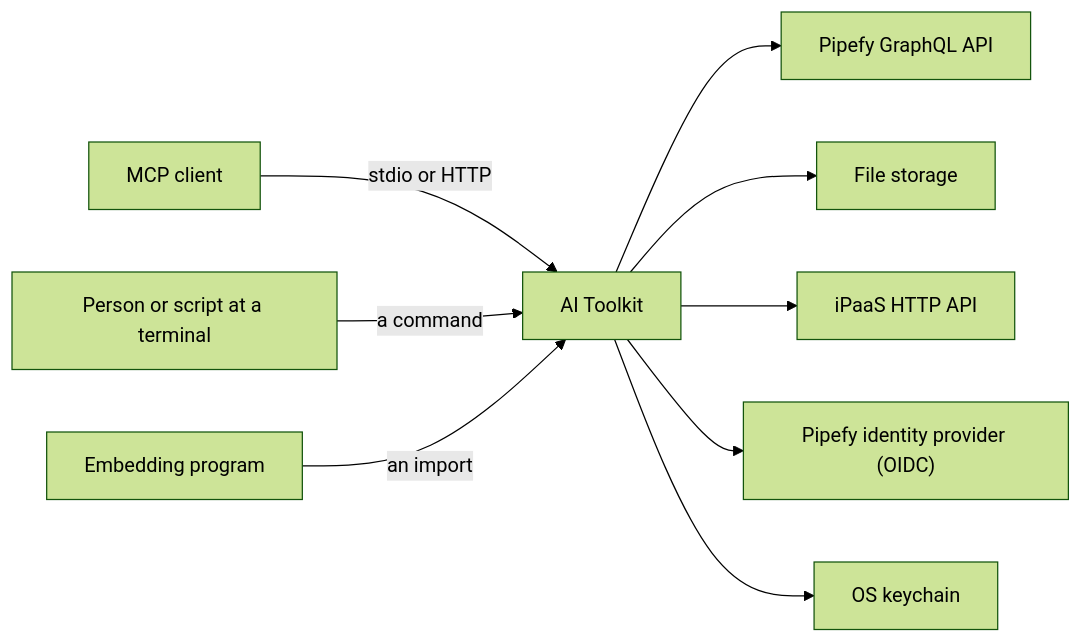
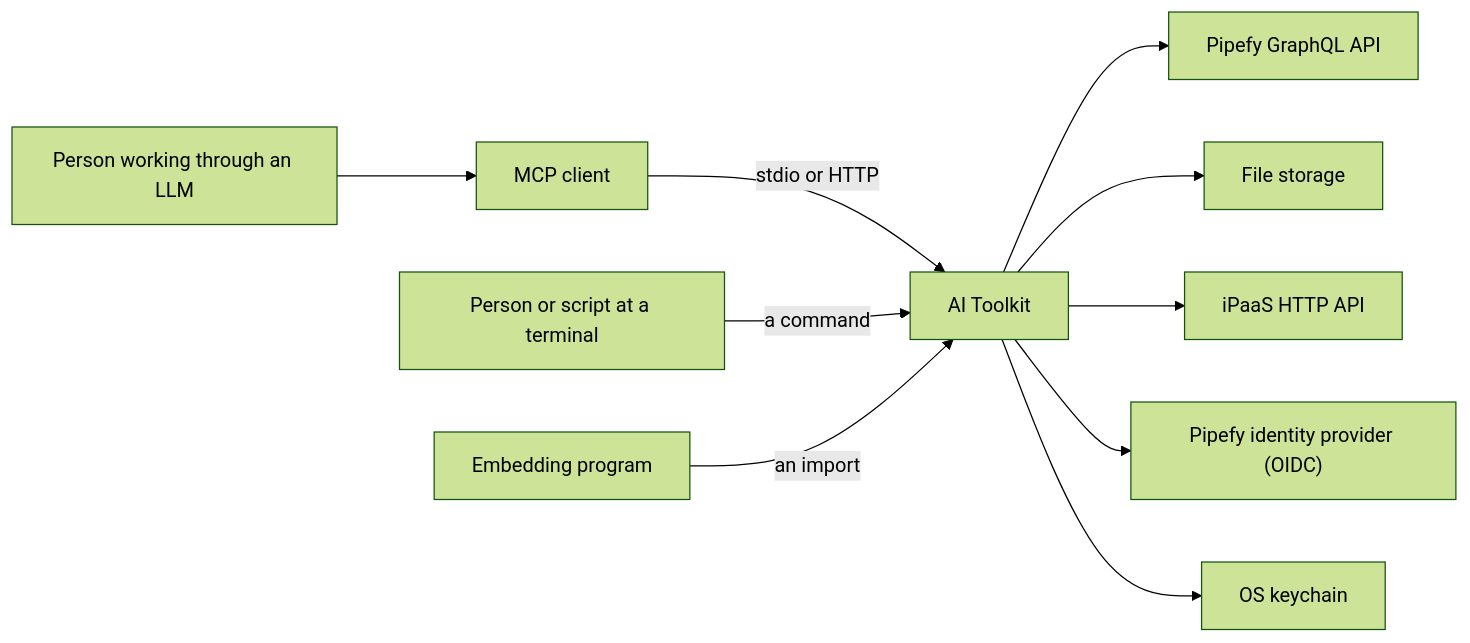
Before and after one commit to gbrlcustodio/pipefy-mcp-server: the first of 2 diagrams in docs/contributing/architecture.md, drawn with Mermaid (forest theme).

Commit message:
docs: draw the party in front of the MCP client
The MCP server was the only application with no consumer drawn. In front of
it sat the MCP client, which `Vocabulary` is careful to say is not a
consumer. The person arrives in the words the `MCP consumer` row in
`Stakeholders` already uses.

The MCP branch is then two deep where the other two are one. That
asymmetry is the fact: the MCP server is the only application with a party
between it and its consumer, and `Applications` spends four paragraphs on
what that party decides.

````diff
--- a/docs/contributing/architecture.md
+++ b/docs/contributing/architecture.md
@@ -107,14 +107,15 @@
 ```mermaid
 flowchart LR
     toolkit["AI Toolkit"]
 
+    person["Person working through an LLM"] --> client
     client["MCP client"] -- "stdio or HTTP" --> toolkit
     shell["Person or script at a terminal"] -- "a command" --> toolkit
     program["Embedding program"] -- "an import" --> toolkit
 
     toolkit --> graphql["Pipefy GraphQL API"]
     toolkit --> storage["File storage"]
     toolkit --> ipaas["iPaaS HTTP API"]
     toolkit --> idp["Pipefy identity provider (OIDC)"]
     toolkit --> keychain["OS keychain"]
 ```
````
